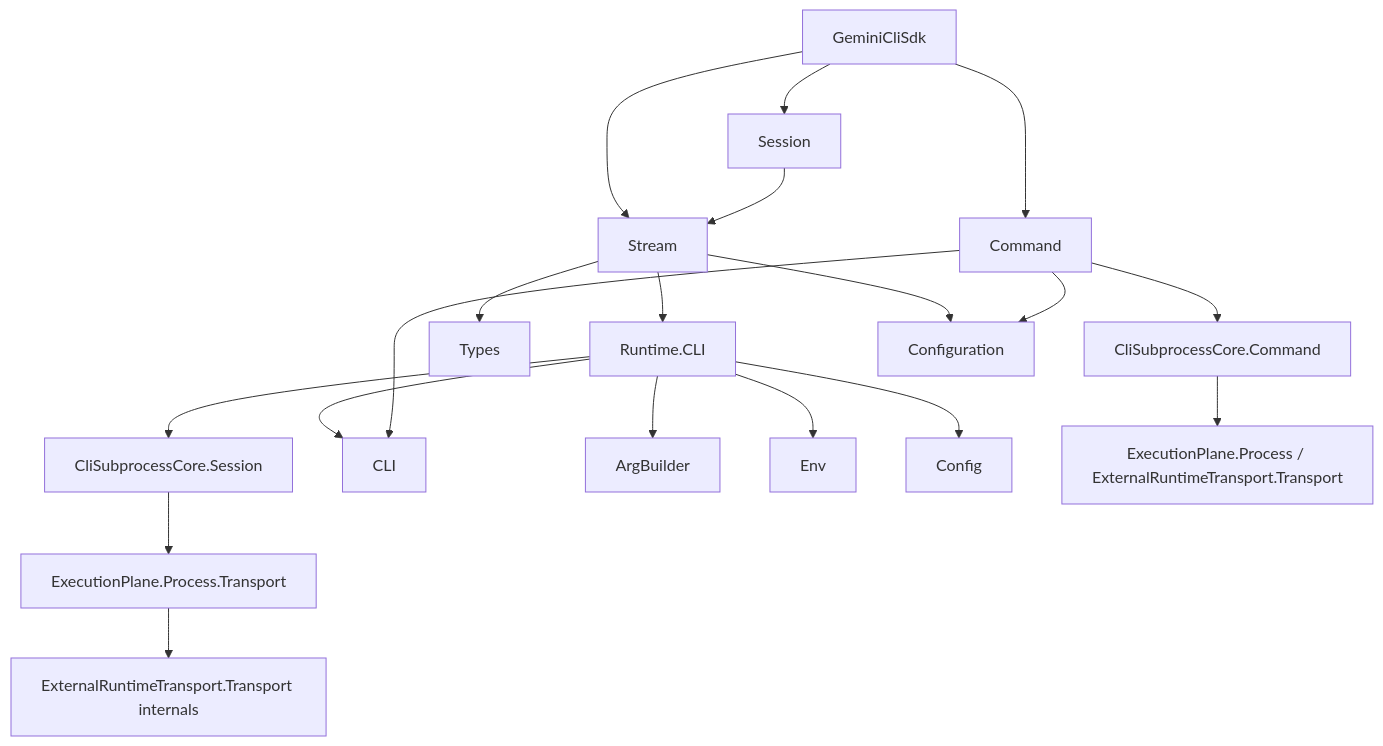
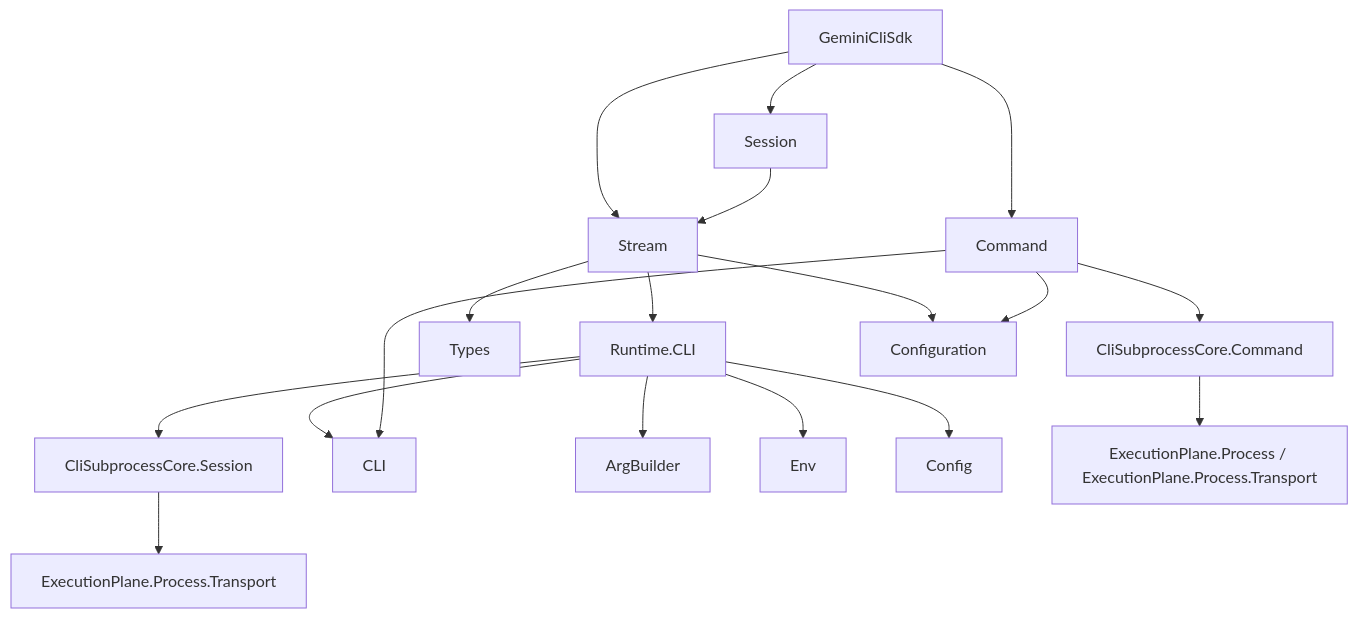
Before and after one commit to nshkrdotcom/gemini_cli_sdk: the diagram in guides/architecture.md, drawn with Mermaid. The commit also changed 3 other files, not shown here.

````diff
--- a/guides/architecture.md
+++ b/guides/architecture.md
@@ -7,21 +7,20 @@
 ```mermaid
 graph TD
     A[GeminiCliSdk] --> B[Stream]
     A --> C[Command]
     A --> D[Session]
     B --> E[Runtime.CLI]
     E --> F[CliSubprocessCore.Session]
     F --> G[ExecutionPlane.Process.Transport]
-    G --> H[ExternalRuntimeTransport.Transport internals]
     E --> I[CLI]
     E --> J[ArgBuilder]
     E --> K[Env]
     E --> L[Config]
     B --> M[Types]
     C --> Q[CliSubprocessCore.Command]
-    Q --> R[ExecutionPlane.Process / ExternalRuntimeTransport.Transport]
+    Q --> R[ExecutionPlane.Process / ExecutionPlane.Process.Transport]
     C --> I
     B --> O[Configuration]
     C --> O
     D --> B
 ```
````
